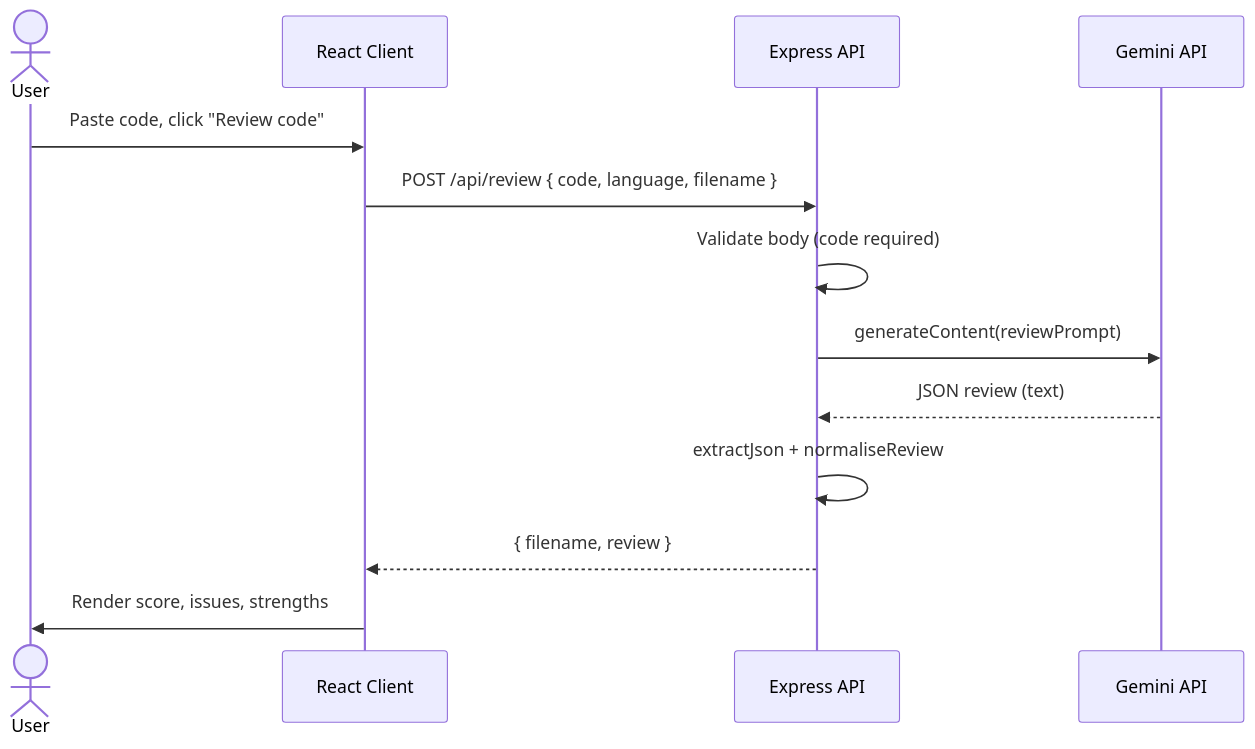
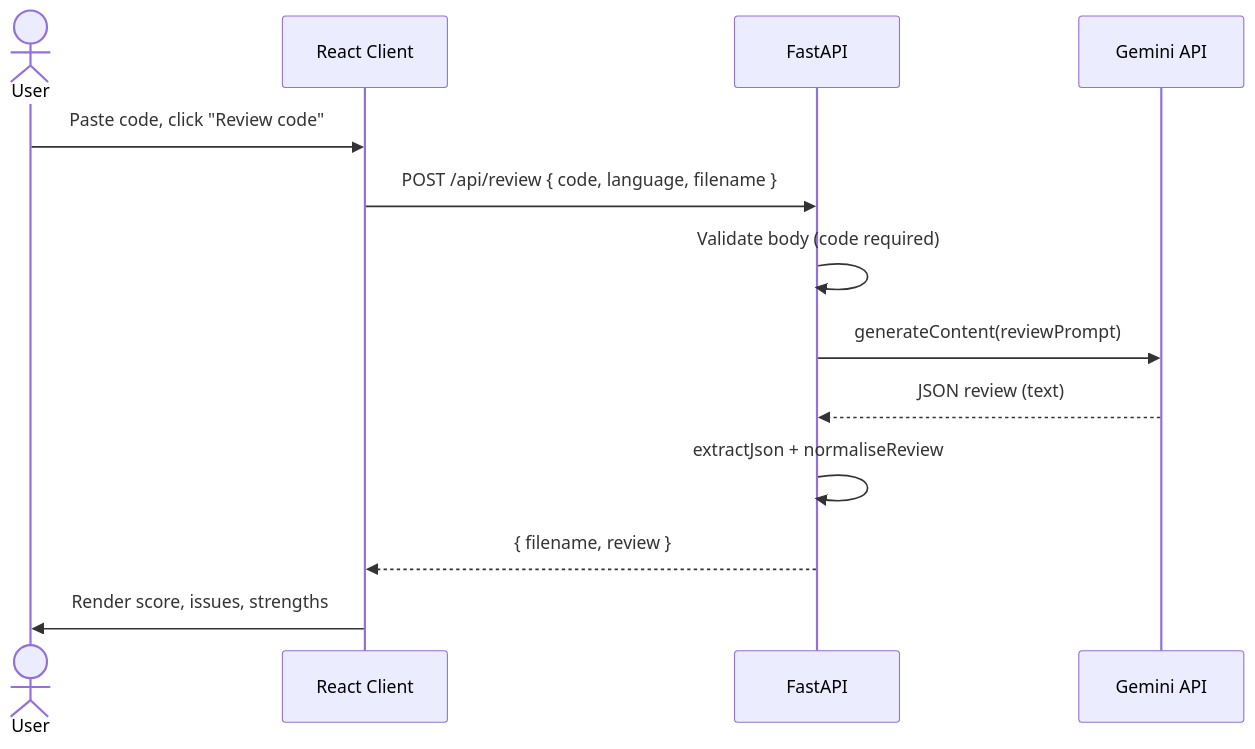
Before and after one commit to RahulAi2004/ai-code-review-assistant: the third of 8 diagrams in docs/DESIGN.md, drawn with Mermaid. The commit also changed other lines of this file and 2 other files, not shown here.

Commit message:
docs: update README, SRS, and design docs for the FastAPI/Python backend

````diff
--- a/docs/DESIGN.md
+++ b/docs/DESIGN.md
@@ -112,16 +112,16 @@
 ```mermaid
 sequenceDiagram
     actor U as User
     participant C as React Client
-    participant S as Express API
+    participant S as FastAPI
     participant G as Gemini API
 
     U->>C: Paste code, click "Review code"
     C->>S: POST /api/review { code, language, filename }
     S->>S: Validate body (code required)
     S->>G: generateContent(reviewPrompt)
     G-->>S: JSON review (text)
     S->>S: extractJson + normaliseReview
     S-->>C: { filename, review }
     C->>U: Render score, issues, strengths
 ```
````
